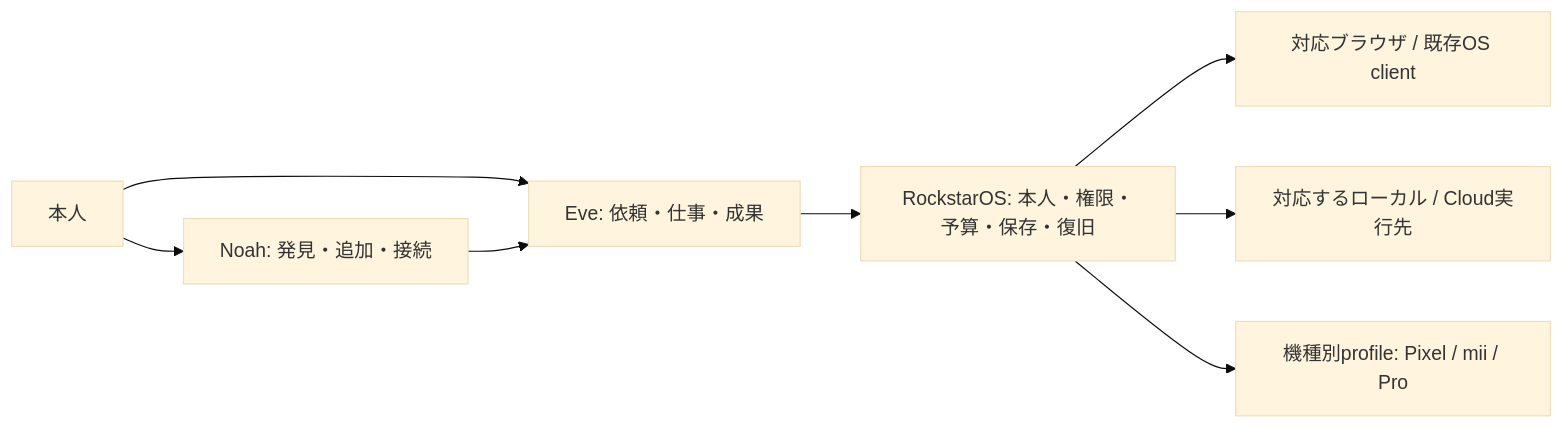
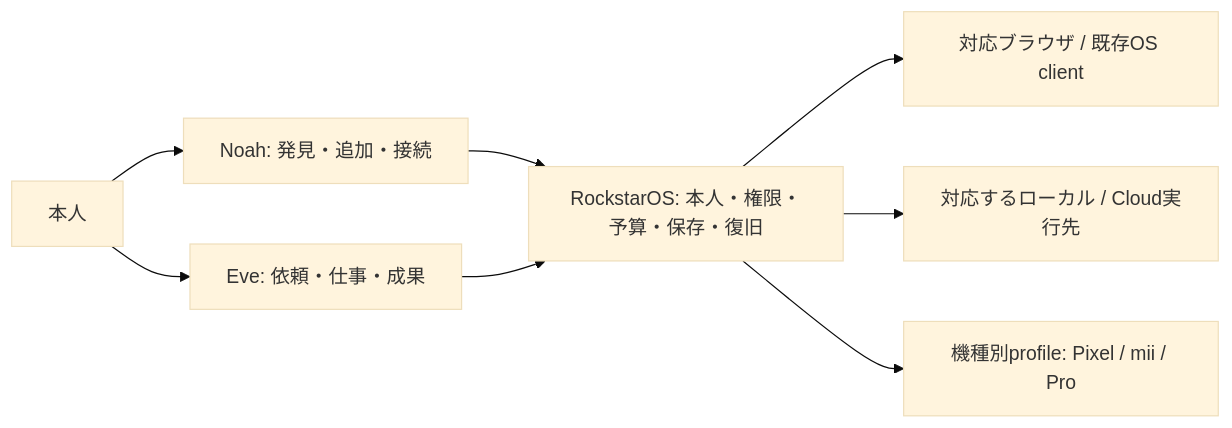
The diagram in README.md (k999ln/rock), drawn with Mermaid (base theme) before and after one commit. The commit also changed other lines of this file and 35 other files, not shown here.

````diff
--- a/README.md
+++ b/README.md
@@ -21,10 +21,10 @@
 ```mermaid
 flowchart LR
   U[本人] --> N[Noah: 発見・追加・接続]
   U --> E[Eve: 依頼・仕事・成果]
-  N --> E
+  N --> R
   E --> R[RockstarOS: 本人・権限・予算・保存・復旧]
   R --> B[対応ブラウザ / 既存OS client]
   R --> L[対応するローカル / Cloud実行先]
   R --> H[機種別profile: Pixel / mii / Pro]
 ```
````
